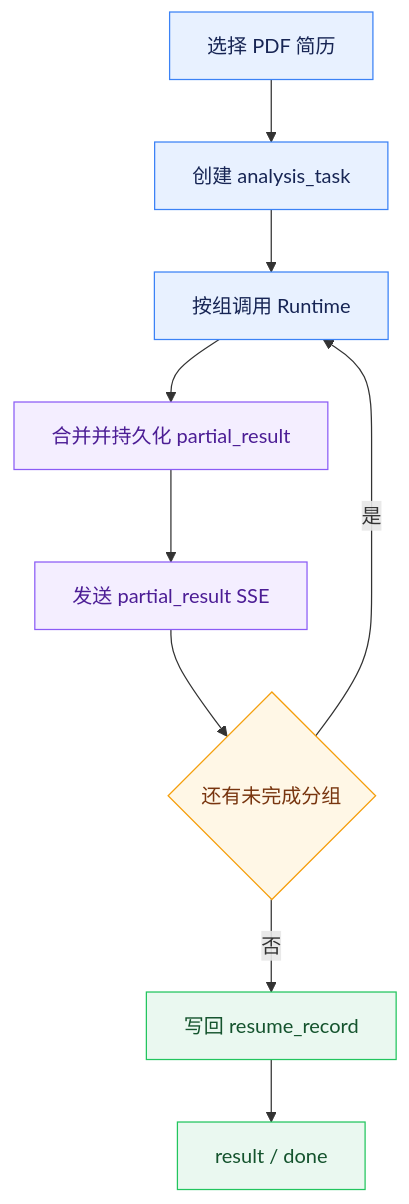
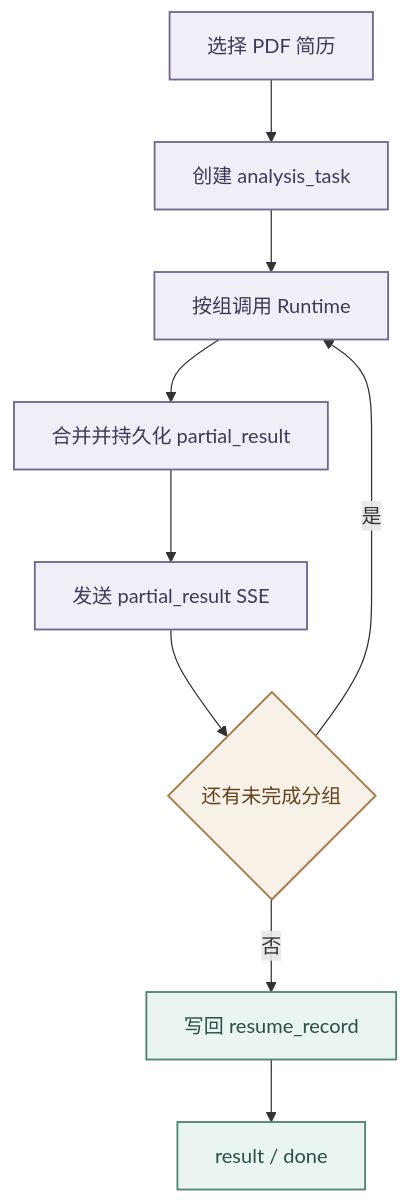
Before and after one commit to Logistic98/job-buddy: the second of 2 diagrams in agent-doc/业务功能/简历管理、画像与分析.md, drawn with Mermaid. The commit also changed other lines of this file and 32 other files, not shown here.

Commit message:
docs: align engine context and diagram guidance

````diff
--- a/agent-doc/业务功能/简历管理、画像与分析.md
+++ b/agent-doc/业务功能/简历管理、画像与分析.md
@@ -72,20 +87,20 @@
 ```mermaid
 graph TD
     A[选择 PDF 简历] --> B[创建 analysis_task]
     B --> C[按组调用 Runtime]
     C --> D[合并并持久化 partial_result]
     D --> E[发送 partial_result SSE]
     E --> F{还有未完成分组}
     F -->|是| C
     F -->|否| G[写回 resume_record]
     G --> H["result / done"]
 
-    classDef process fill:#E8F1FF,stroke:#3B82F6,color:#172554;
-    classDef stream fill:#F4EEFF,stroke:#8B5CF6,color:#4C1D95;
-    classDef decision fill:#FFF7E6,stroke:#F59E0B,color:#78350F;
-    classDef result fill:#EAF8F0,stroke:#22C55E,color:#14532D;
+    classDef process fill:#F0EEF6,stroke:#746A91,color:#403957,stroke-width:1.5px;
+    classDef stream fill:#F0EEF6,stroke:#746A91,color:#403957,stroke-width:1.5px;
+    classDef decision fill:#F8F1E7,stroke:#A67C48,color:#62451F,stroke-width:1.5px;
+    classDef result fill:#EAF4F1,stroke:#548678,color:#294F47,stroke-width:1.5px;
     class A,B,C process;
     class D,E stream;
     class F decision;
     class G,H result;
 ```
````
